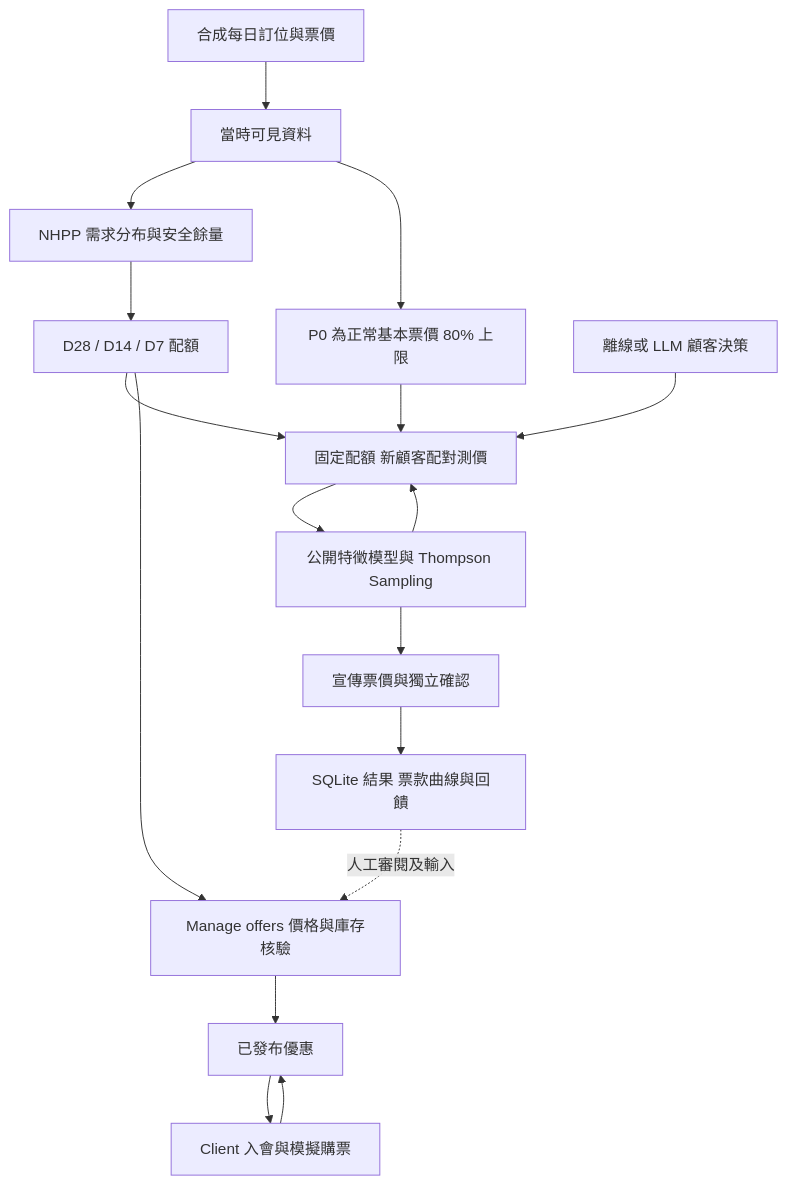
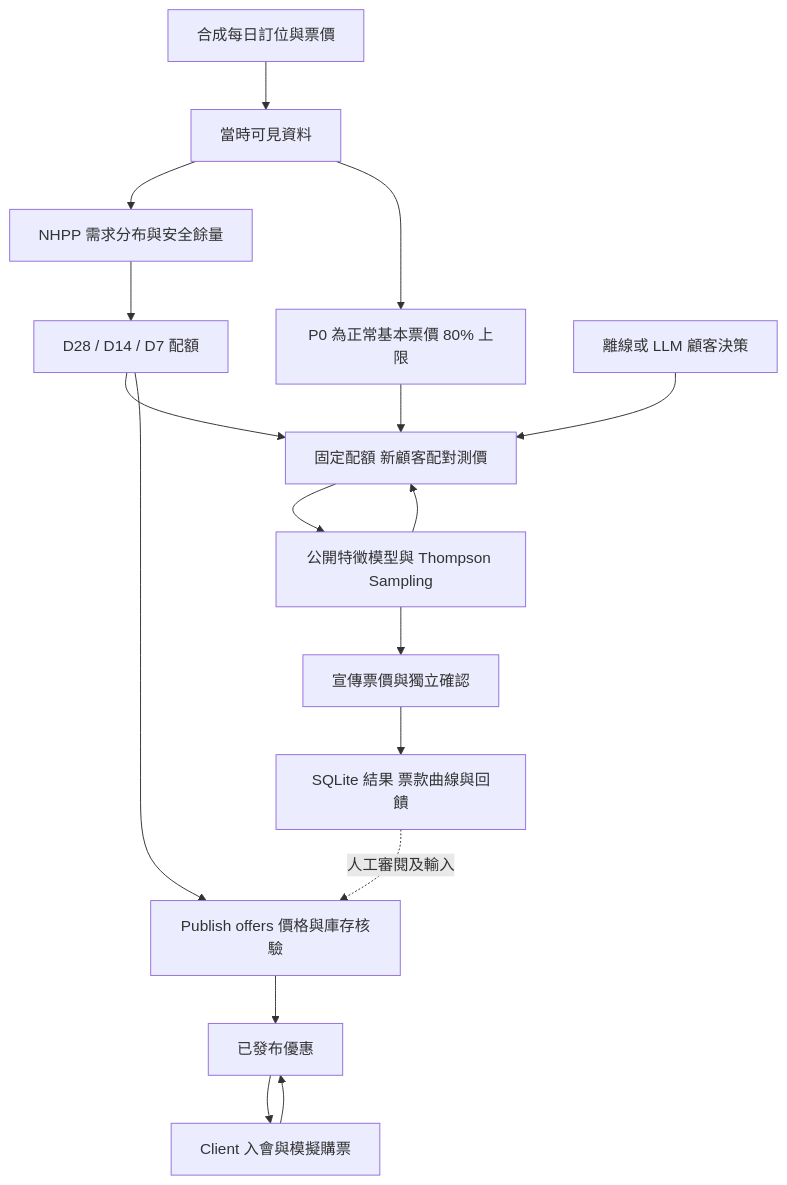
One commit to Horse-MA00/E117-AirplaneCPU changed the diagram in docs/CURRENT_IMPLEMENTATION.md. Above: the diagram before and after it, drawn with Mermaid. The commit also changed other lines of this file and 55 other files, not shown here.

````diff
--- a/docs/CURRENT_IMPLEMENTATION.md
+++ b/docs/CURRENT_IMPLEMENTATION.md
@@ -9,19 +9,19 @@
 ```mermaid
 flowchart TD
     S[合成每日訂位與票價] --> D[當時可見資料]
     D --> N[NHPP 需求分布與安全餘量]
     N --> R[D28 / D14 / D7 配額]
     D --> P[P0 為正常基本票價 80% 上限]
     R --> W[固定配額 新顧客配對測價]
     P --> W
     M[離線或 LLM 顧客決策] --> W
     W --> T[公開特徵模型與 Thompson Sampling]
     T --> W
     T --> V[宣傳票價與獨立確認]
     V --> E[SQLite 結果 票款曲線與回饋]
-    E -. 人工審閱及輸入 .-> A[Manage offers 價格與庫存核驗]
+    E -. 人工審閱及輸入 .-> A[Publish offers 價格與庫存核驗]
     R --> A
     A --> Q[已發布優惠]
     Q --> C[Client 入會與模擬購票]
     C --> Q
 ```
````
